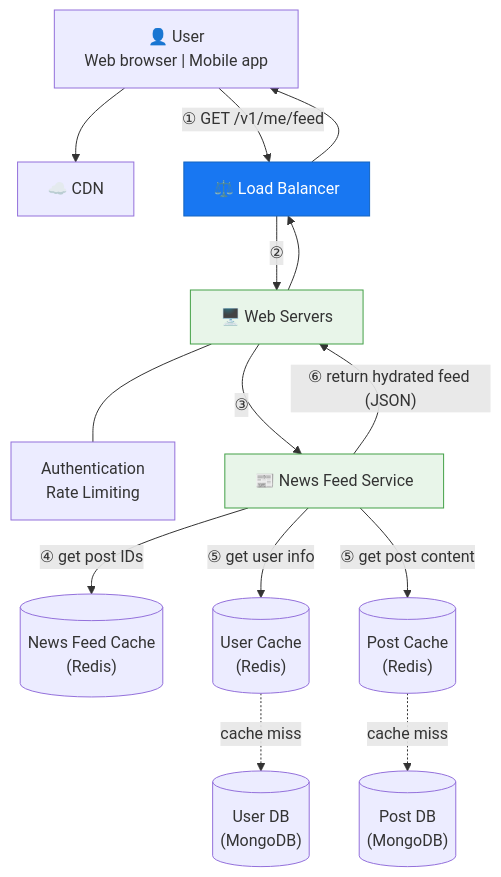
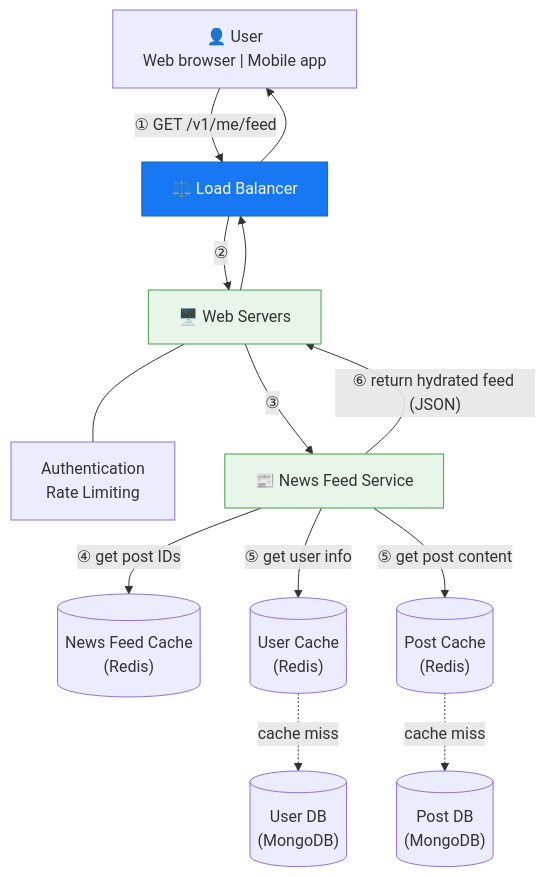
Before and after one commit to OlegShi/news-feed-system: the second of 2 diagrams in README.md, drawn with Mermaid.

Commit message:
Remove CDN from retrieval flow diagram

````diff
--- a/README.md
+++ b/README.md
@@ -85,31 +85,29 @@
 ```mermaid
 flowchart TD
     User["👤 User<br/>Web browser | Mobile app"]
-    CDN["☁️ CDN"]
     LB["⚖️ Load Balancer"]
     WS["🖥️ Web Servers"]
     Auth["Authentication<br/>Rate Limiting"]
     NFS["📰 News Feed Service"]
     NFC[("News Feed Cache<br/>(Redis)")]
     UC[("User Cache<br/>(Redis)")]
     UDB[("User DB<br/>(MongoDB)")]
     PC[("Post Cache<br/>(Redis)")]
     PDB[("Post DB<br/>(MongoDB)")]
 
     User -->|"① GET /v1/me/feed"| LB
     LB -->|"②"| WS
     WS --- Auth
     WS -->|"③"| NFS
     NFS -->|"④ get post IDs"| NFC
     NFS -->|"⑤ get user info"| UC
     UC -.->|"cache miss"| UDB
     NFS -->|"⑤ get post content"| PC
     PC -.->|"cache miss"| PDB
     NFS -->|"⑥ return hydrated feed (JSON)"| WS
     WS --> LB --> User
-    User --> CDN
 
     style LB fill:#1877f2,stroke:#1565c0,color:#fff
     style WS fill:#e8f5e9,stroke:#43a047
     style NFS fill:#e8f5e9,stroke:#43a047
 ```
````
